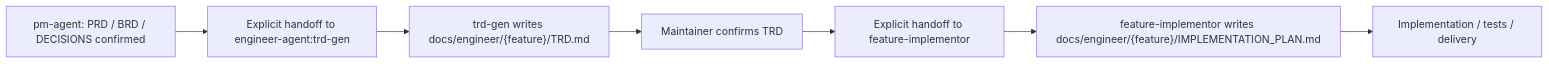
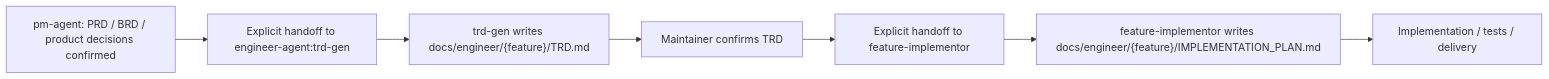
The diagram in agents/engineer/skills/trd-gen/SKILL.md (Neplich/dev-agent-skills), drawn with Mermaid before and after one commit. The commit also changed other lines of this file and 251 other files, not shown here.

````diff
--- a/agents/engineer/skills/trd-gen/SKILL.md
+++ b/agents/engineer/skills/trd-gen/SKILL.md
@@ -34,9 +42,9 @@
 ```mermaid
 flowchart LR
-    PM["pm-agent: PRD / BRD / DECISIONS confirmed"] --> Handoff["Explicit handoff to engineer-agent:trd-gen"]
+    PM["pm-agent: PRD / BRD / product decisions confirmed"] --> Handoff["Explicit handoff to engineer-agent:trd-gen"]
     Handoff --> TRD["trd-gen writes docs/engineer/{feature}/TRD.md"]
     TRD --> Review["Maintainer confirms TRD"]
     Review --> Plan["Explicit handoff to feature-implementor"]
     Plan --> ImplPlan["feature-implementor writes docs/engineer/{feature}/IMPLEMENTATION_PLAN.md"]
     ImplPlan --> Code["Implementation / tests / delivery"]
 ```
````
